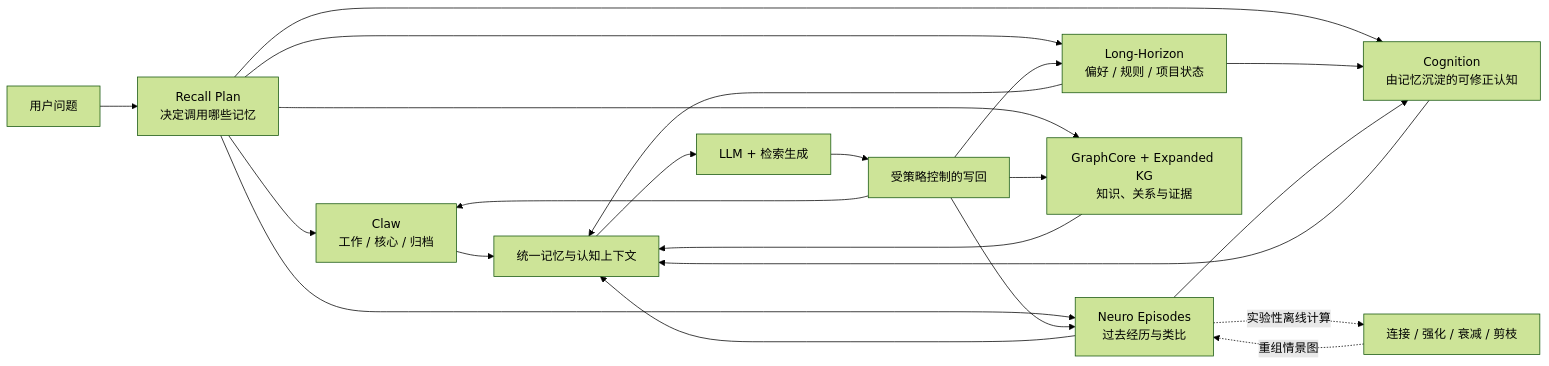
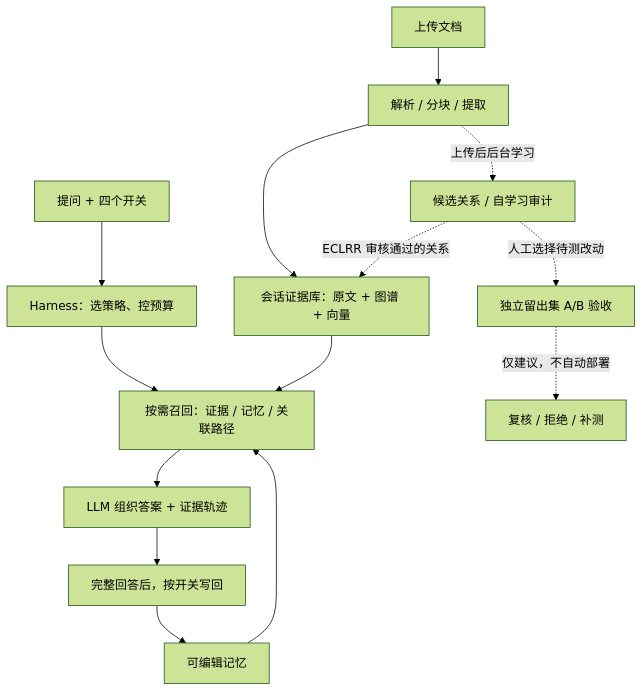
Before and after one commit to Yang-Jiashu/Doc-thinker: the diagram in README.zh-CN.md, drawn with Mermaid (forest theme). The commit also changed other lines of this file and 23 other files, not shown here.

````diff
--- a/README.zh-CN.md
+++ b/README.zh-CN.md
@@ -68,19 +36,16 @@
 ```mermaid
-flowchart LR
-    Q["用户问题"] --> P["Recall Plan<br/>决定调用哪些记忆"]
-    P --> C["Claw<br/>工作 / 核心 / 归档"]
-    P --> L["Long-Horizon<br/>偏好 / 规则 / 项目状态"]
-    P --> E["Neuro Episodes<br/>过去经历与类比"]
-    P --> O["Cognition<br/>由记忆沉淀的可修正认知"]
-    P --> K["GraphCore + Expanded KG<br/>知识、关系与证据"]
-    L & E --> O
-    C & L & E & K & O --> M["统一记忆与认知上下文"]
-    M --> A["LLM + 检索生成"]
-    A --> W["受策略控制的写回"]
-    W --> C
-    W --> L
-    W --> E
-    W --> K
-    E -.实验性离线计算.-> S["连接 / 强化 / 衰减 / 剪枝"]
-    S -.重组情景图.-> E
+flowchart TD
+    U["上传文档"] --> I["解析 / 分块 / 提取"]
+    I --> S["会话证据库：原文 + 图谱 + 向量"]
+    Q["提问 + 四个开关"] --> H["Harness：选策略、控预算"]
+    H --> R["按需召回：证据 / 记忆 / 关联路径"]
+    S --> R
+    M["可编辑记忆"] --> R
+    R --> A["LLM 组织答案 + 证据轨迹"]
+    A --> W["完整回答后，按开关写回"]
+    W --> M
+    I -.上传后后台学习.-> C["候选关系 / 自学习审计"]
+    C -.ECLRR 审核通过的关系.-> S
+    C -.人工选择待测改动.-> E["独立留出集 A/B 验收"]
+    E -.仅建议，不自动部署.-> V["复核 / 拒绝 / 补测"]
 ```
````
